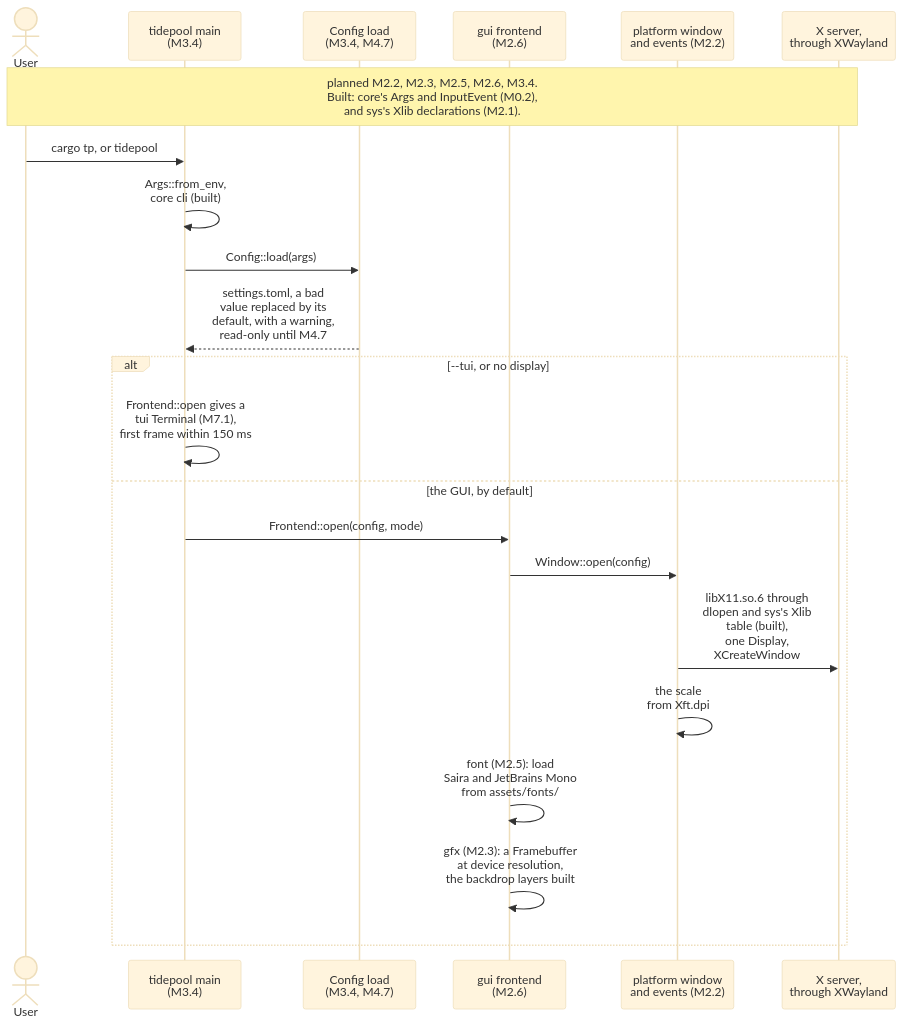
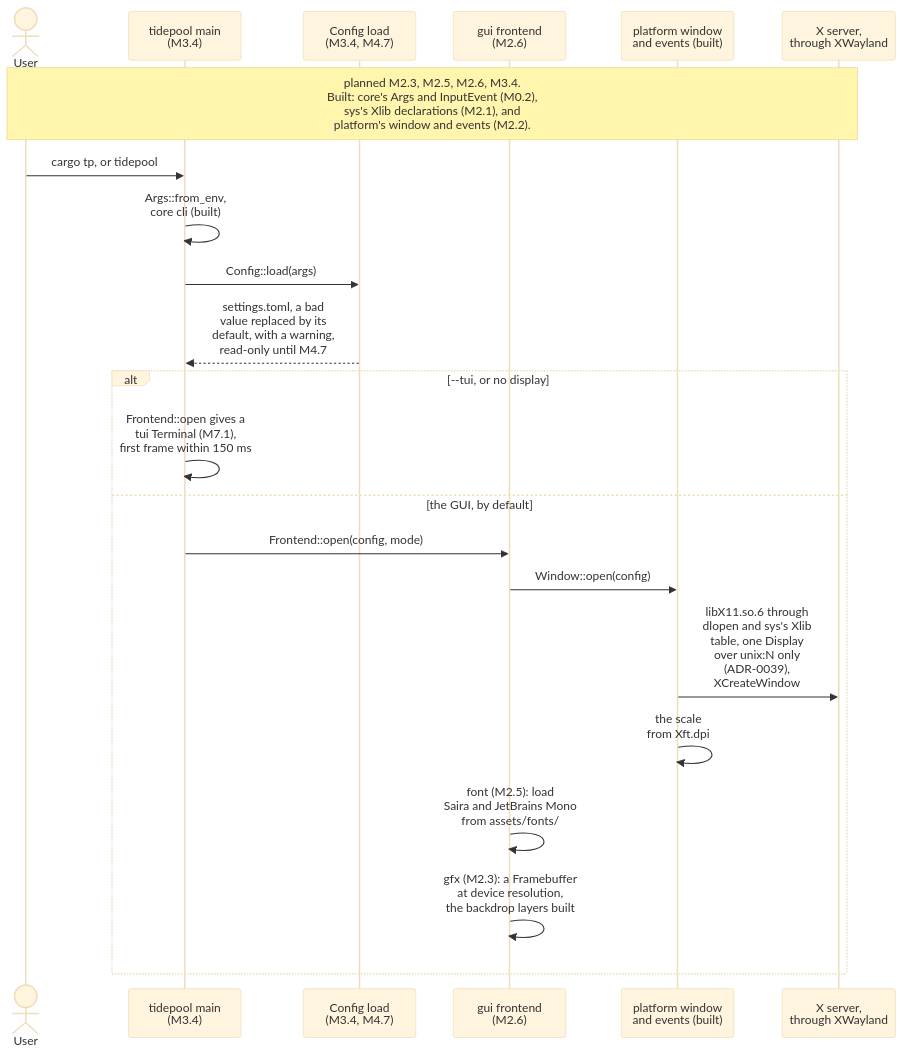
Before and after one commit to jabbott-iii/Tidepool: the eighth of 21 diagrams in diagrams/sequence-diagrams.md, drawn with Mermaid (base theme). The commit also changed other lines of this file and 45 other files, not shown here.

````diff
--- a/diagrams/sequence-diagrams.md
+++ b/diagrams/sequence-diagrams.md
@@ -441,25 +442,25 @@
 ```mermaid
 sequenceDiagram
     actor User
     participant Cli as tidepool main<br/>(M3.4)
     participant Cfg as Config load<br/>(M3.4, M4.7)
     participant Fe as gui frontend<br/>(M2.6)
-    participant Plat as platform window<br/>and events (M2.2)
+    participant Plat as platform window<br/>and events (built)
     participant Disp as X server,<br/>through XWayland
 
-    Note over User,Disp: planned M2.2, M2.3, M2.5, M2.6, M3.4.<br/>Built: core's Args and InputEvent (M0.2),<br/>and sys's Xlib declarations (M2.1).
+    Note over User,Disp: planned M2.3, M2.5, M2.6, M3.4.<br/>Built: core's Args and InputEvent (M0.2),<br/>sys's Xlib declarations (M2.1), and<br/>platform's window and events (M2.2).
     User->>Cli: cargo tp, or tidepool
     Cli->>Cli: Args::from_env,<br/>core cli (built)
     Cli->>Cfg: Config::load(args)
     Cfg-->>Cli: settings.toml, a bad<br/>value replaced by its<br/>default, with a warning,<br/>read-only until M4.7
     alt --tui, or no display
         Cli->>Cli: Frontend::open gives a<br/>tui Terminal (M7.1),<br/>first frame within 150 ms
     else the GUI, by default
         Cli->>Fe: Frontend::open(config, mode)
         Fe->>Plat: Window::open(config)
-        Plat->>Disp: libX11.so.6 through<br/>dlopen and sys's Xlib<br/>table (built),<br/>one Display,<br/>XCreateWindow
+        Plat->>Disp: libX11.so.6 through<br/>dlopen and sys's Xlib<br/>table, one Display<br/>over unix:N only<br/>(ADR-0039),<br/>XCreateWindow
         Plat->>Plat: the scale<br/>from Xft.dpi
         Fe->>Fe: font (M2.5): load<br/>Saira and JetBrains Mono<br/>from assets/fonts/
         Fe->>Fe: gfx (M2.3): a Framebuffer<br/>at device resolution,<br/>the backdrop layers built
     end
 ```
````
